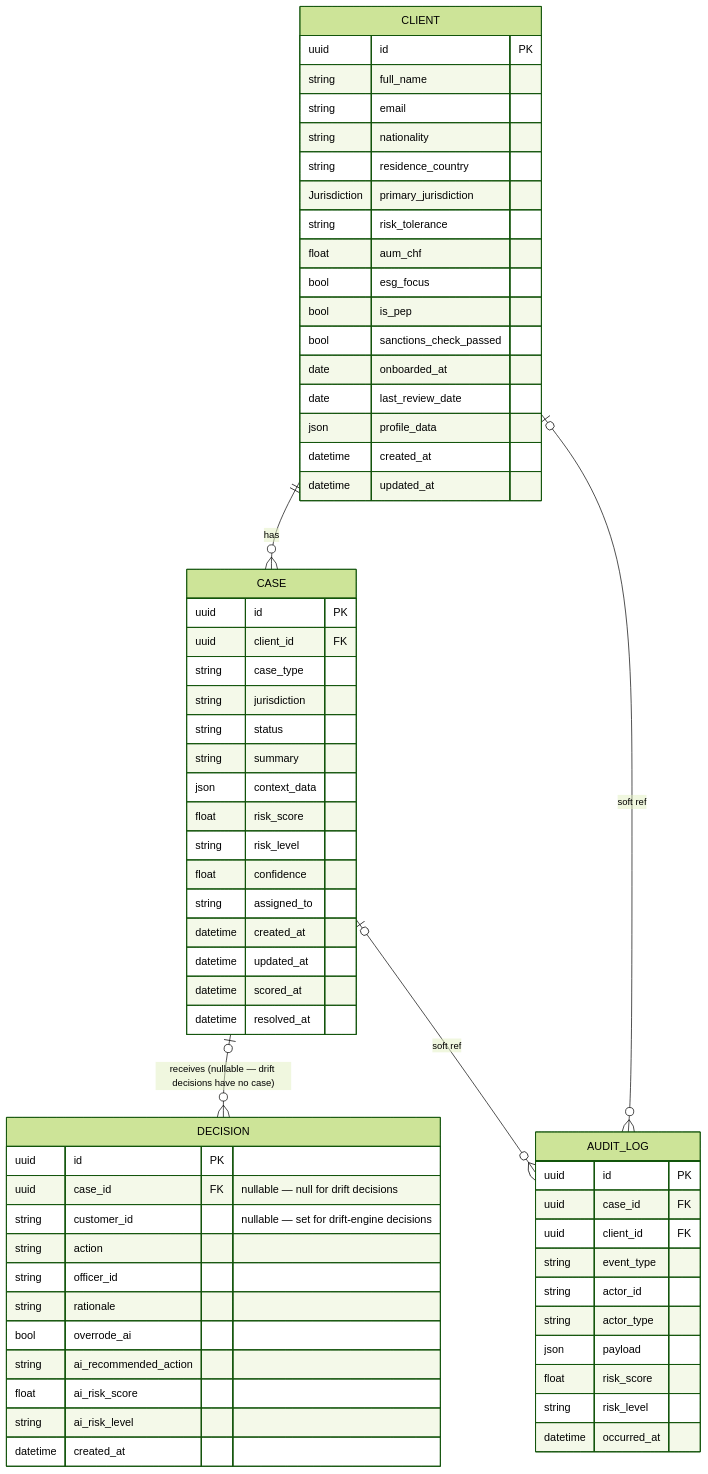
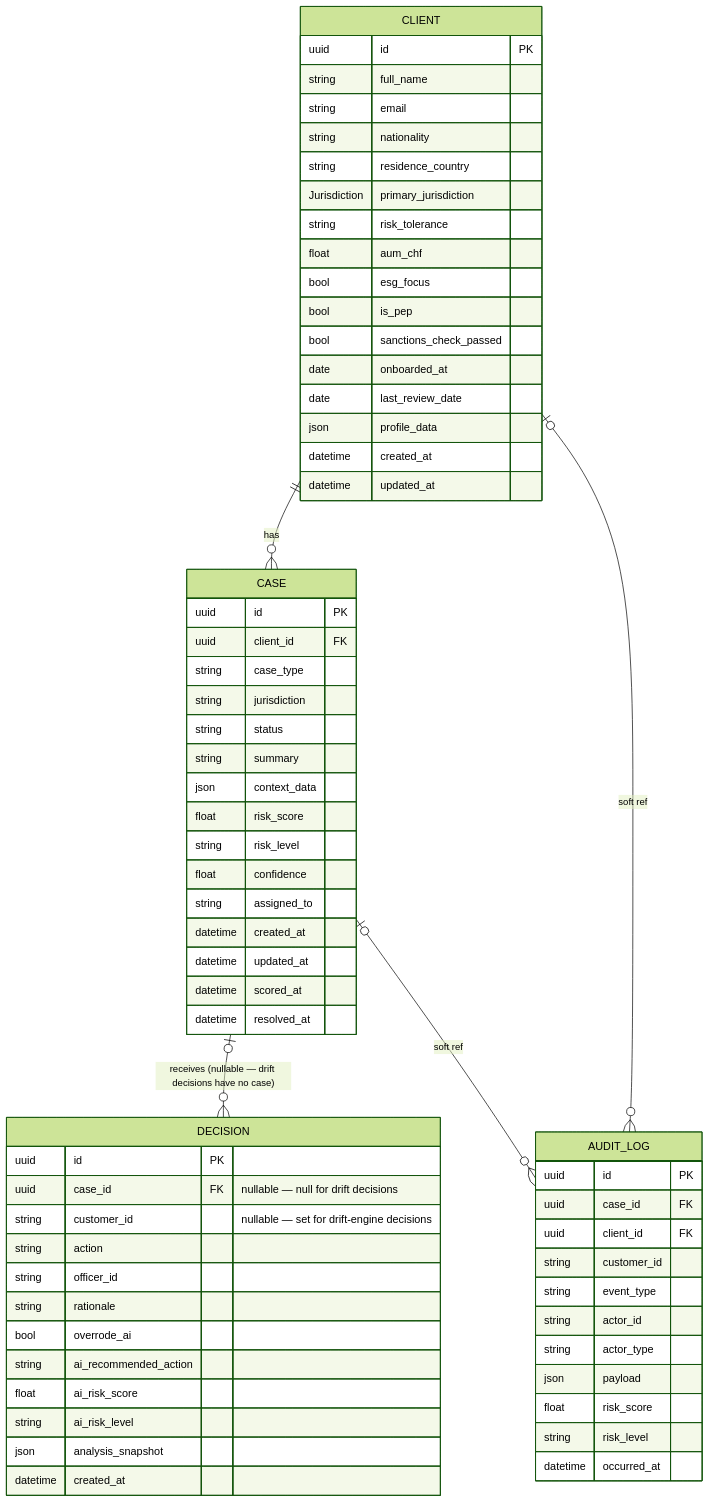
One commit to SteveDok22/Swisshacks-2026 changed the first of 3 diagrams in docs/db-schema.md. Above: the diagram before and after it, drawn with Mermaid (forest theme). The commit also changed other lines of this file and 27 other files, not shown here.

````diff
--- a/docs/db-schema.md
+++ b/docs/db-schema.md
@@ -5,71 +5,73 @@
 ```mermaid
 erDiagram
     CLIENT {
         uuid id PK
         string full_name
         string email
         string nationality
         string residence_country
         Jurisdiction primary_jurisdiction
         string risk_tolerance
         float aum_chf
         bool esg_focus
         bool is_pep
         bool sanctions_check_passed
         date onboarded_at
         date last_review_date
         json profile_data
         datetime created_at
         datetime updated_at
     }
 
     CASE {
         uuid id PK
         uuid client_id FK
         string case_type
         string jurisdiction
         string status
         string summary
         json context_data
         float risk_score
         string risk_level
         float confidence
         string assigned_to
         datetime created_at
         datetime updated_at
         datetime scored_at
         datetime resolved_at
     }
 
     DECISION {
         uuid id PK
         uuid case_id FK "nullable — null for drift decisions"
         string customer_id "nullable — set for drift-engine decisions"
         string action
         string officer_id
         string rationale
         bool overrode_ai
         string ai_recommended_action
         float ai_risk_score
         string ai_risk_level
+        json analysis_snapshot
         datetime created_at
     }
 
     AUDIT_LOG {
         uuid id PK
         uuid case_id FK
         uuid client_id FK
+        string customer_id
         string event_type
         string actor_id
         string actor_type
         json payload
         float risk_score
         string risk_level
         datetime occurred_at
     }
 
     CLIENT ||--o{ CASE : "has"
     CASE |o--o{ DECISION : "receives (nullable — drift decisions have no case)"
     CASE |o--o{ AUDIT_LOG : "soft ref"
     CLIENT |o--o{ AUDIT_LOG : "soft ref"
 ```
````
